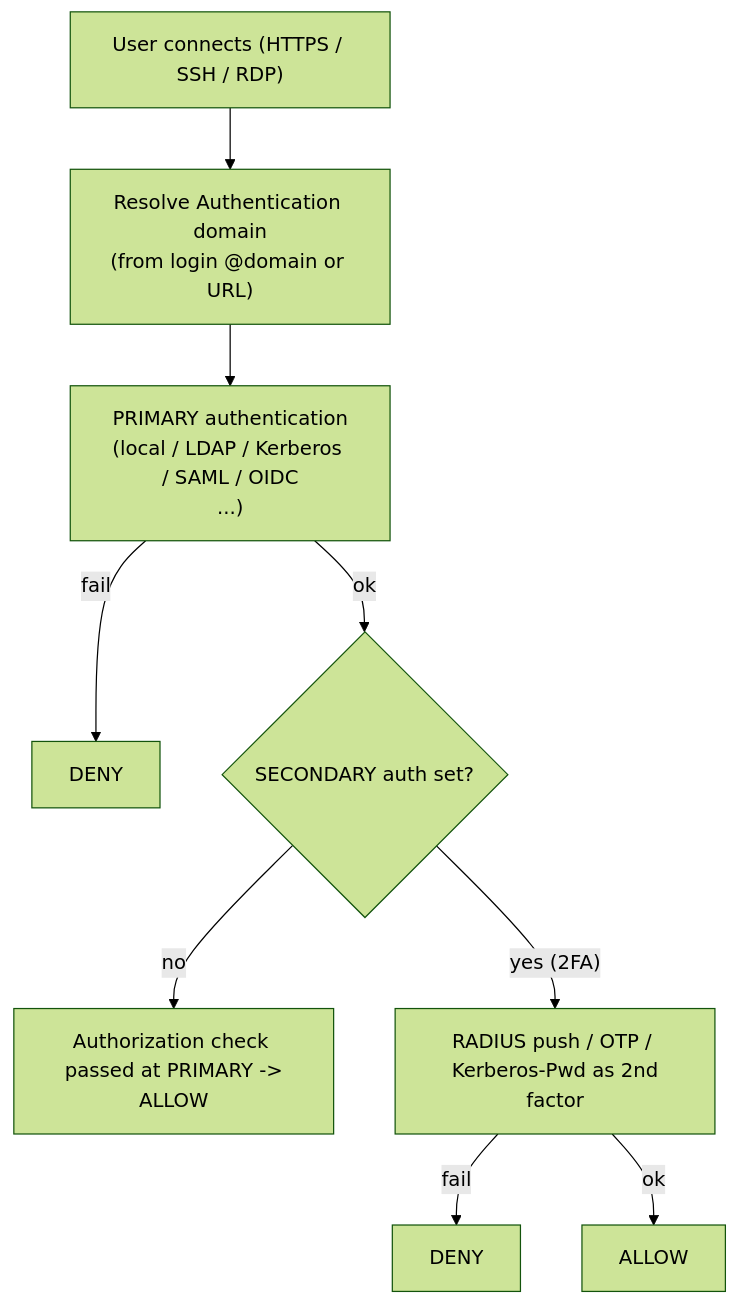
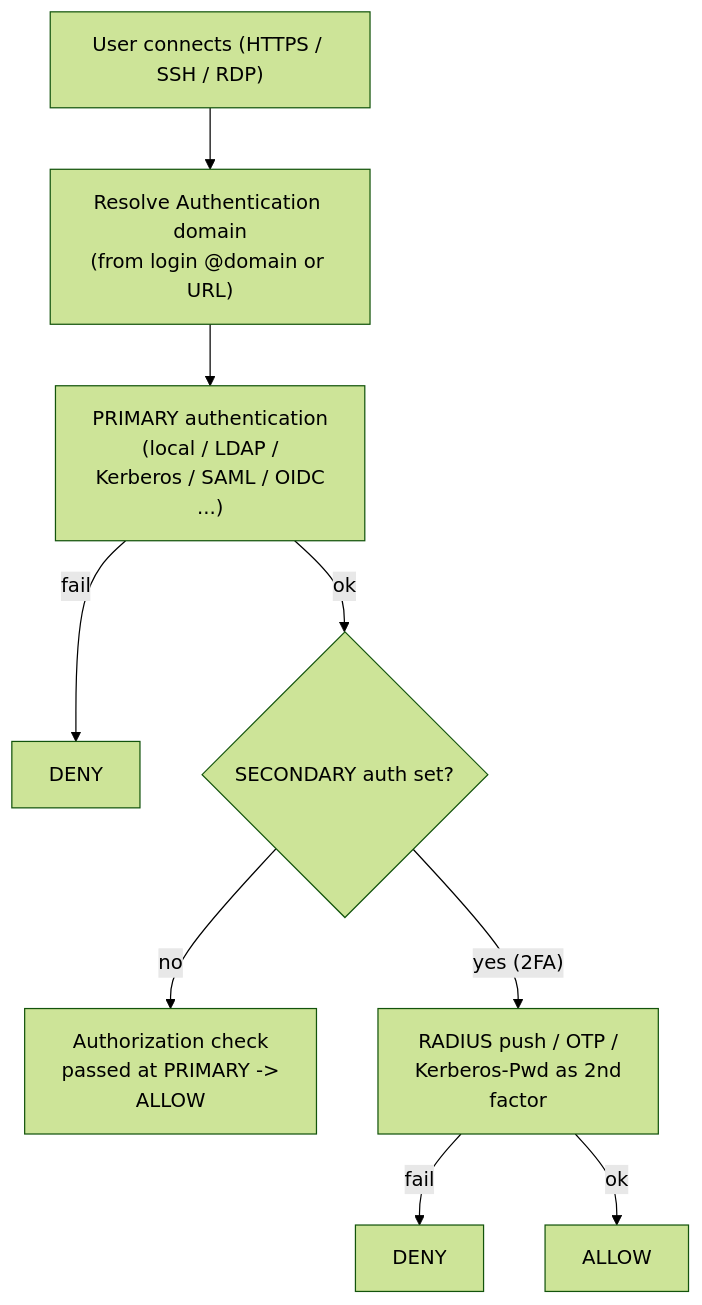
One commit to morandeirachema/WallixCerts changed the first of 4 diagrams in certs/wallix/deep-dives/authentication-and-access-manager.md. Above: the diagram before and after it, drawn with Mermaid (forest theme). The commit also changed other lines of this file and 35 other files, not shown here.

First line of the commit message:
Tidy Mermaid boxes: balanced wrapping at a narrower width (36)

````diff
--- a/certs/wallix/deep-dives/authentication-and-access-manager.md
+++ b/certs/wallix/deep-dives/authentication-and-access-manager.md
@@ -230,11 +230,11 @@
 ```mermaid
 flowchart TD
     Connect["User connects (HTTPS / SSH / RDP)"] --> Resolve["Resolve Authentication domain<br/>(from login @domain or URL)"]
-    Resolve --> Primary["PRIMARY authentication<br/>(local / LDAP / Kerberos / SAML / OIDC<br/>...)"]
+    Resolve --> Primary["PRIMARY authentication<br/>(local / LDAP /<br/>Kerberos / SAML / OIDC<br/>...)"]
     Primary -->|fail| Deny1["DENY"]
     Primary -->|ok| Secondary{"SECONDARY auth set?"}
-    Secondary -->|no| AllowPrimary["Authorization check passed at PRIMARY -><br/>ALLOW"]
-    Secondary -->|"yes (2FA)"| Factor2["RADIUS push / OTP / Kerberos-Pwd as 2nd<br/>factor"]
+    Secondary -->|no| AllowPrimary["Authorization check<br/>passed at PRIMARY -><br/>ALLOW"]
+    Secondary -->|"yes (2FA)"| Factor2["RADIUS push / OTP /<br/>Kerberos-Pwd as 2nd<br/>factor"]
     Factor2 -->|fail| Deny2["DENY"]
     Factor2 -->|ok| Allow2["ALLOW"]
 ```
````
